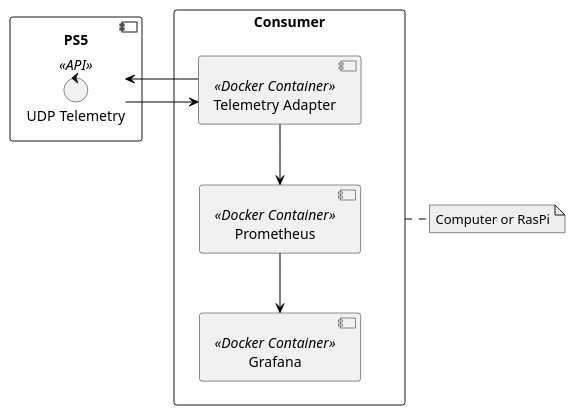
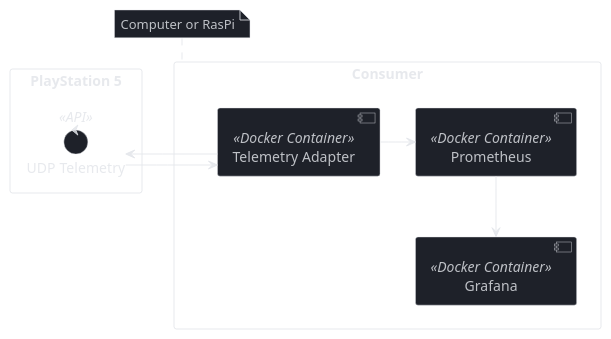
Before and after one commit to sommerfeld-io/gt-telemetry: the diagram in docs/index.md, drawn with PlantUML. The commit also changed other lines of this file, not shown here.

Commit message:
docs: diagram colors

````diff
--- a/docs/index.md
+++ b/docs/index.md
@@ -67,33 +67,48 @@
 ```kroki-plantuml
 @startuml
 
 skinparam linetype ortho
 skinparam monochrome false
 skinparam componentStyle uml2
 skinparam backgroundColor transparent
-skinparam arrowColor black
-skinparam NoteBackgroundColor #eee
+skinparam arrowColor #e2e4e9d1
+
+skinparam NoteBorderColor #e2e4e9d1
+skinparam NoteBackgroundColor #1E2129
+skinparam NoteFontColor #e2e4e9d1
+
+skinparam ComponentBorderColor #e2e4e9d1
+skinparam ComponentFontColor #e2e4e9d1
+skinparam ComponentBackgroundColor #1E2129
+
+skinparam RectangleBorderColor #e2e4e9d1
+skinparam RectangleFontColor #e2e4e9d1
+
+skinparam ControlBorderColor #e2e4e9d1
+skinparam ControlFontColor #e2e4e9d1
+skinparam ControlBackgroundColor #1E2129
+
 skinparam activity {
     'FontName Ubuntu
     FontName Roboto
 }
 
-component ps5 as "PS5" {
+rectangle ps5 as "PlayStation 5" {
     control api as "UDP Telemetry" <<API>>
 }
 
 rectangle Consumer {
     component ta as "Telemetry Adapter" <<Docker Container>>
     component Prometheus <<Docker Container>>
     component Grafana <<Docker Container>>
 }
 
-note bottom of Consumer: Computer or RasPi
+note top of Consumer: Computer or RasPi
 
 api <-right- ta
 api -right-> ta
-ta -down-> Prometheus
+ta -right-> Prometheus
 Prometheus -down-> Grafana
 
 @enduml
 ```
````
